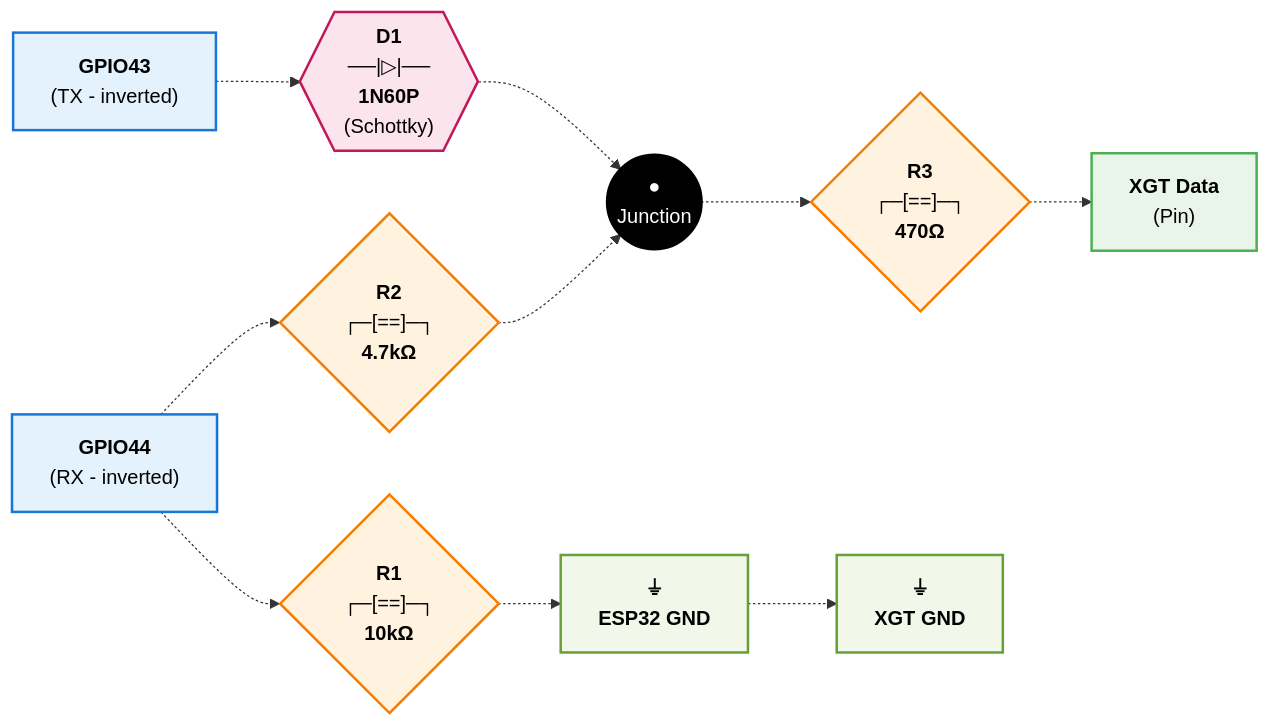
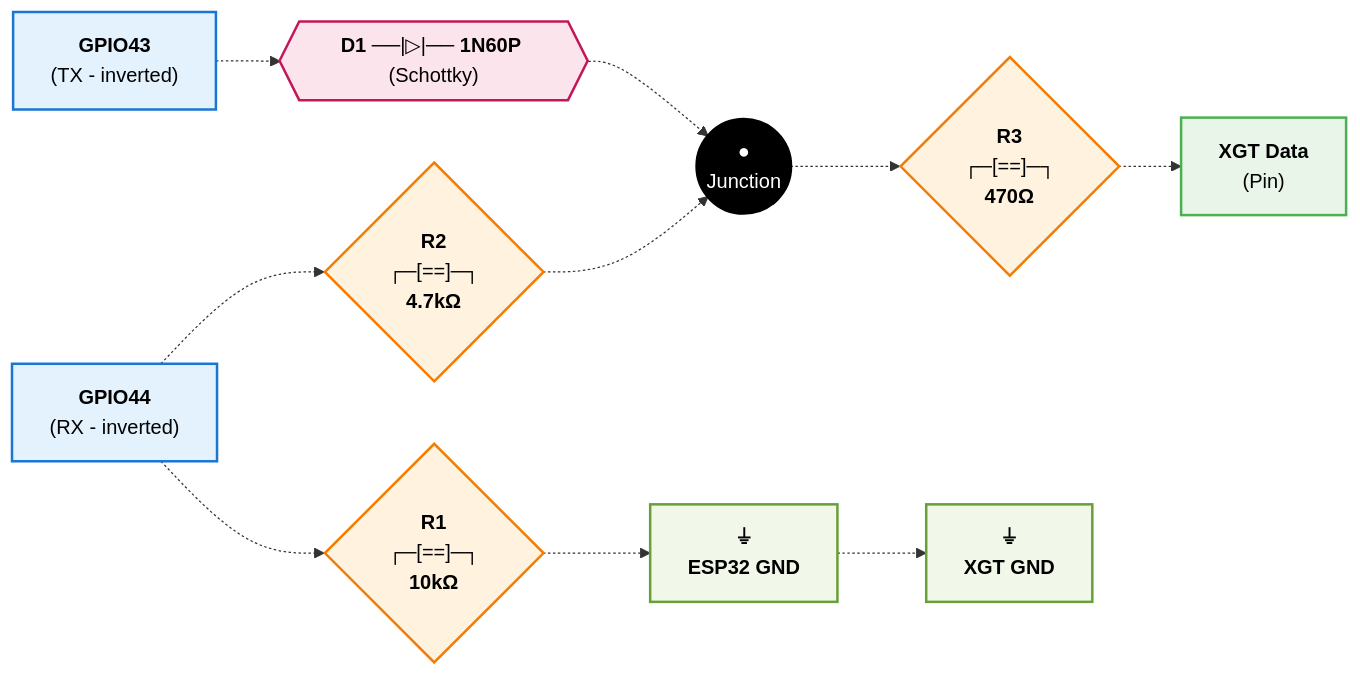
The diagram in README.md (clowrey/ESPHome-XGT), drawn with Mermaid before and after one commit.

````diff
--- a/README.md
+++ b/README.md
@@ -40,66 +40,63 @@
 ```mermaid
 flowchart LR
     %% ESP32 Pins
     TX["`**GPIO43**
     (TX - inverted)`"]
     RX["`**GPIO44** 
     (RX - inverted)`"]
     
     %% Interface Components
     R1{"`**R1**
     ┌─[==]─┐
     **10kΩ**`"}
     
     R2{"`**R2**
     ┌─[==]─┐
     **4.7kΩ**`"}
     
     R3{"`**R3**
     ┌─[==]─┐
     **470Ω**`"}
     
-    D1{{"`**D1**
-    ──|▷|──
-    **1N60P**
-    (Schottky)`"}}
+    D1{{"`**D1** ──|▷|── **1N60P** (Schottky)`"}}
     
     %% Connection Points
     MID(("`**●**
     Junction`"))
     
     %% XGT Battery
     DATA["`**XGT Data**
     (Pin)`"]
     
     %% Ground Symbols
     GND_ESP["`**⏚**
     **ESP32 GND**`"]
     GND_XGT["`**⏚**
     **XGT GND**`"]
     
     %% Connections with better spacing
     TX -.-> D1
     D1 -.-> MID
     RX -.-> R2
     R2 -.-> MID
     RX -.-> R1
     R1 -.-> GND_ESP
     MID -.-> R3
     R3 -.-> DATA
     GND_ESP -.-> GND_XGT
     
     %% Styling
     classDef pinStyle fill:#e3f2fd,stroke:#1976d2,stroke-width:2px,color:#000
     classDef resistorStyle fill:#fff3e0,stroke:#f57c00,stroke-width:2px,color:#000
     classDef diodeStyle fill:#fce4ec,stroke:#c2185b,stroke-width:2px,color:#000
     classDef junctionStyle fill:#000,stroke:#000,stroke-width:3px,color:#fff
     classDef groundStyle fill:#f1f8e9,stroke:#689f38,stroke-width:2px,color:#000
     classDef dataStyle fill:#e8f5e8,stroke:#4caf50,stroke-width:2px,color:#000
     
     class TX,RX pinStyle
     class R1,R2,R3 resistorStyle
     class D1 diodeStyle
     class MID junctionStyle
     class GND_ESP,GND_XGT groundStyle
     class DATA dataStyle
 ```
````
